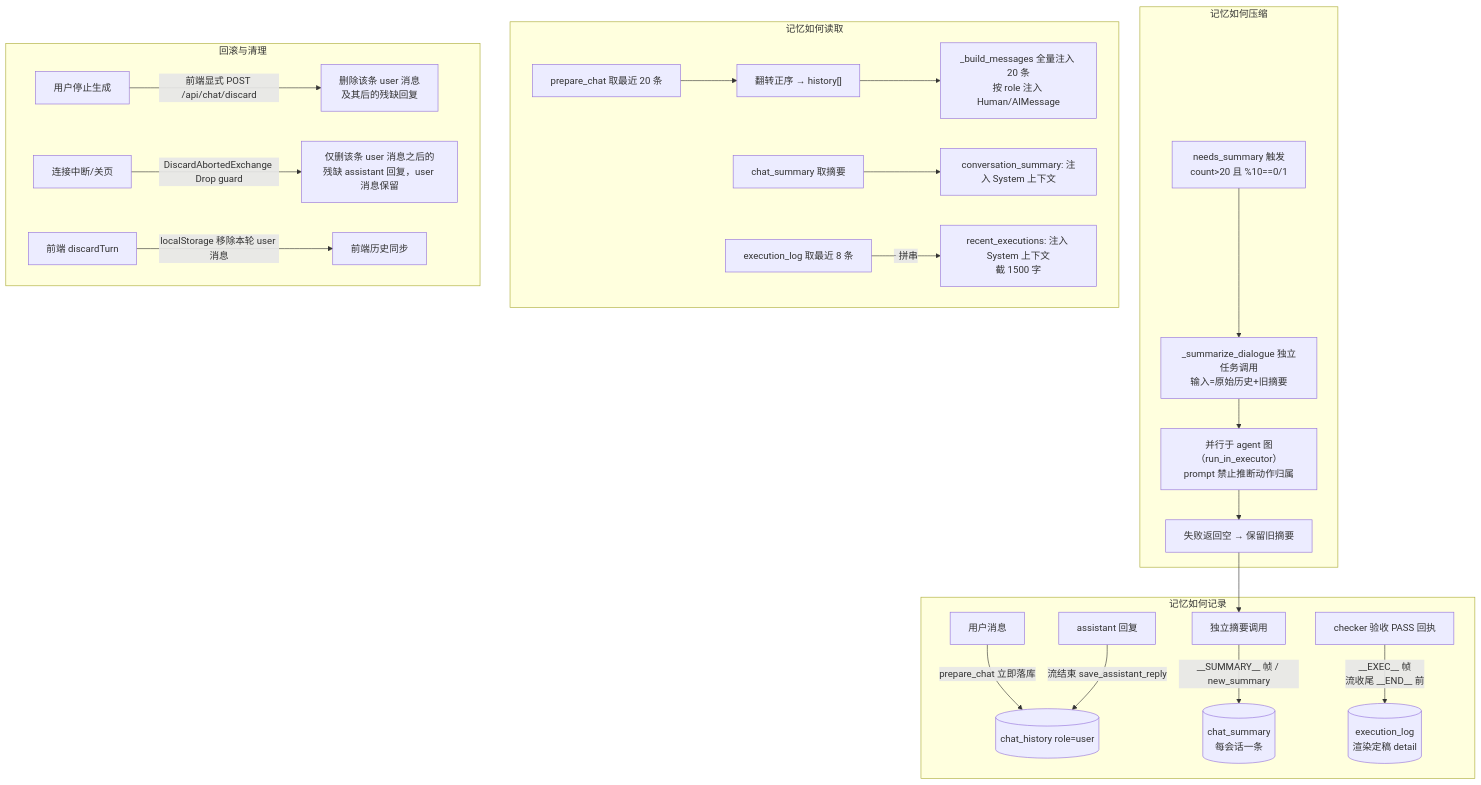
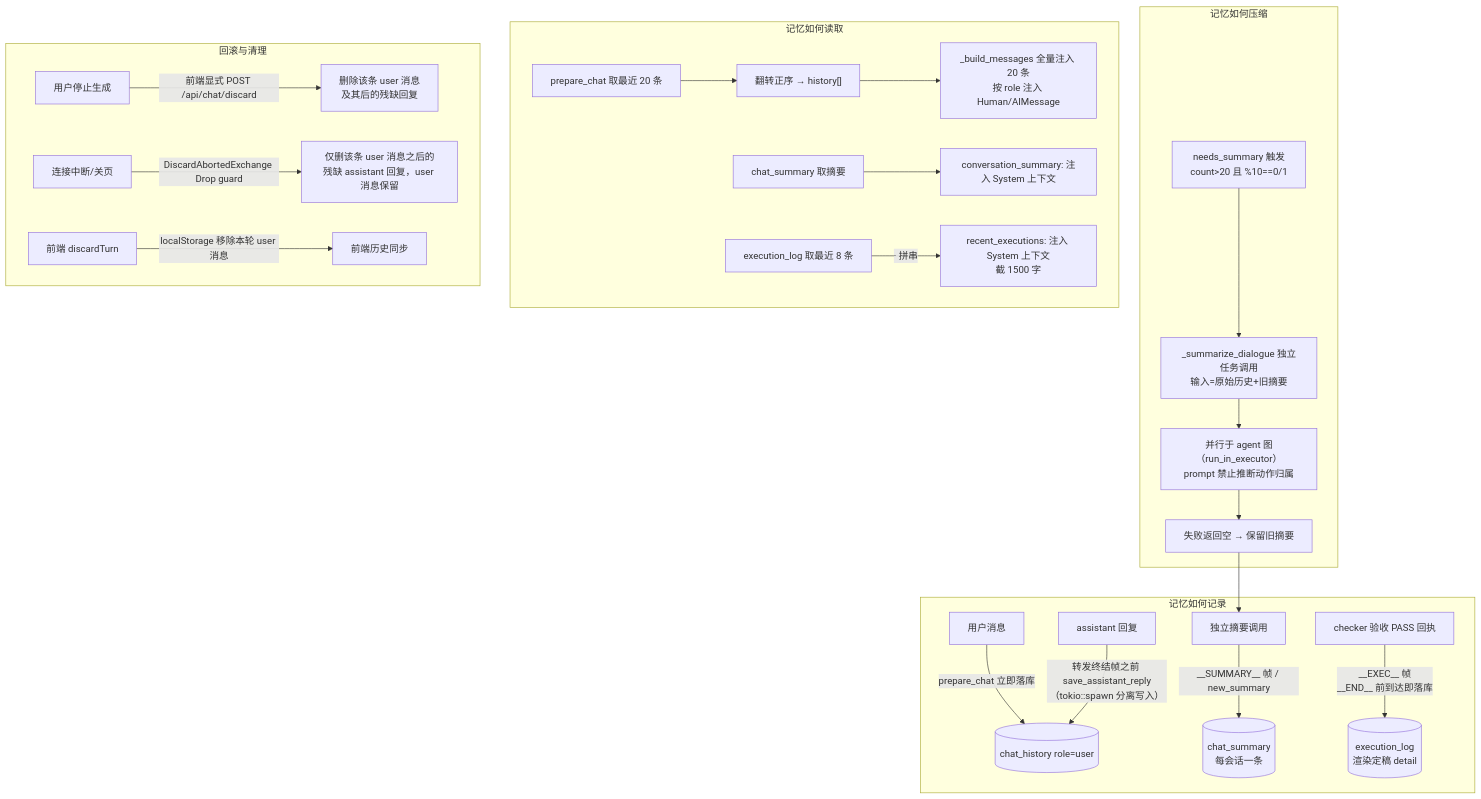
One commit to BigLeopardCat/saudade-blog-agent changed the fourth of 5 diagrams in docs/agent-architecture.md. Above: the diagram before and after it, drawn with Mermaid. The commit also changed other lines of this file, not shown here.

````diff
--- a/docs/agent-architecture.md
+++ b/docs/agent-architecture.md
@@ -306,26 +306,26 @@
 ```mermaid
 flowchart TB
     subgraph Write[记忆如何记录]
         W1[用户消息] -->|prepare_chat 立即落库| T1[(chat_history role=user)]
-        W2[assistant 回复] -->|流结束 save_assistant_reply| T1
+        W2[assistant 回复] -->|转发终结帧之前 save_assistant_reply<br/>（tokio::spawn 分离写入）| T1
         W3[独立摘要调用] -->|__SUMMARY__ 帧 / new_summary| T2[(chat_summary<br/>每会话一条)]
-        W4[checker 验收 PASS 回执] -->|__EXEC__ 帧<br/>流收尾 __END__ 前| T3[(execution_log<br/>渲染定稿 detail)]
+        W4[checker 验收 PASS 回执] -->|__EXEC__ 帧<br/>__END__ 前到达即落库| T3[(execution_log<br/>渲染定稿 detail)]
     end
     subgraph Compress[记忆如何压缩]
         C1[needs_summary 触发<br/>count>20 且 %10==0/1] --> C2[_summarize_dialogue 独立任务调用<br/>输入=原始历史+旧摘要]
         C2 --> C3[并行于 agent 图（run_in_executor）<br/>prompt 禁止推断动作归属]
         C3 --> C4[失败返回空 → 保留旧摘要]
         C4 --> W3
     end
     subgraph Read[记忆如何读取]
         R1[prepare_chat 取最近 20 条] --> R2["翻转正序 → history[]"]
         R2 --> R3[_build_messages 全量注入 20 条<br/>按 role 注入 Human/AIMessage]
         R4[chat_summary 取摘要] --> R5[conversation_summary: 注入 System 上下文]
         R6[execution_log 取最近 8 条] -->|"· " 拼串| R7[recent_executions: 注入 System 上下文<br/>截 1500 字]
     end
     subgraph Rollback[回滚与清理]
         D1[用户停止生成] -->|前端显式 POST /api/chat/discard| D2[删除该条 user 消息<br/>及其后的残缺回复]
         D3[连接中断/关页] -->|DiscardAbortedExchange Drop guard| D5[仅删该条 user 消息之后的<br/>残缺 assistant 回复，user 消息保留]
         D6[前端 discardTurn] -->|localStorage 移除本轮 user 消息| D7[前端历史同步]
     end
 ```
````
